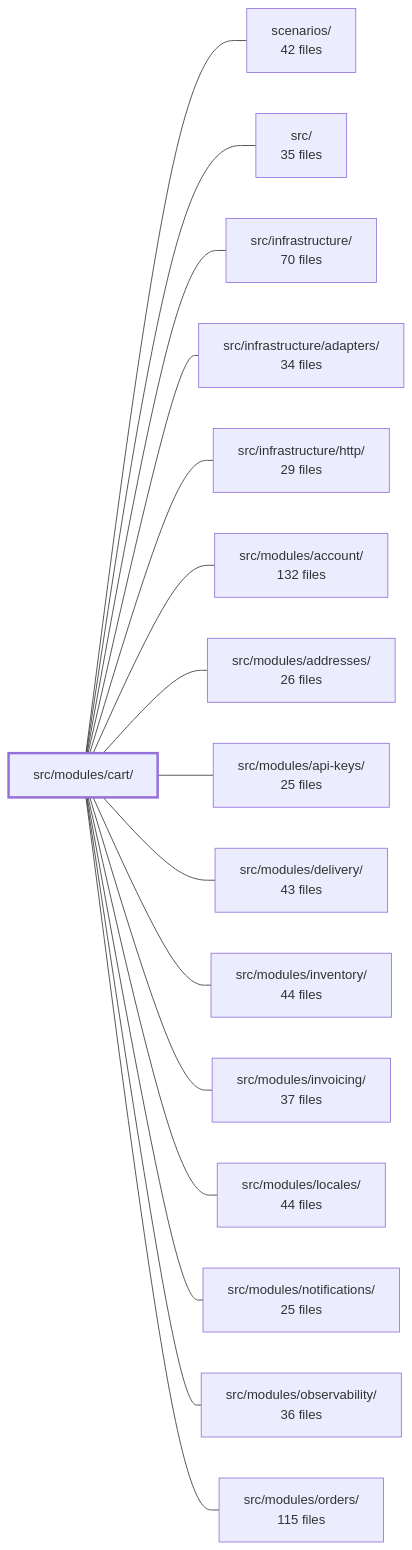
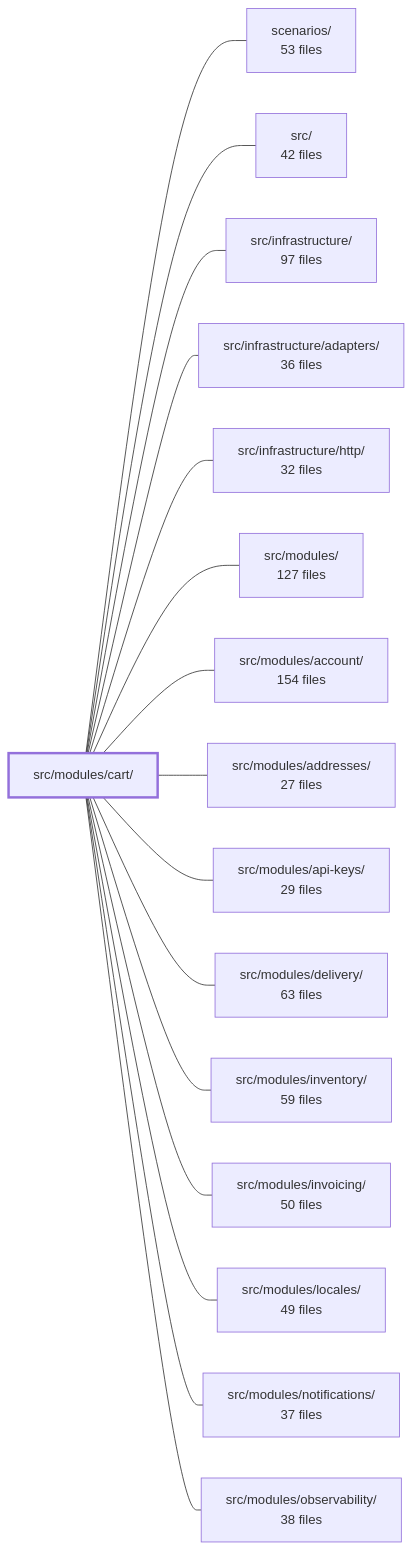
Before and after one commit to Guebbit/boilerplate-node-backend: the diagram in .2brain/modules/boilerplate-node-backend_src_modules_cart.md, drawn with Mermaid. The commit also changed other lines of this file and 1775 other files, not shown here.

````diff
--- a/.2brain/modules/boilerplate-node-backend_src_modules_cart.md
+++ b/.2brain/modules/boilerplate-node-backend_src_modules_cart.md
@@ -46,35 +40,35 @@
 ```mermaid
 flowchart LR
     m_src_modules_cart["src/modules/cart/"]
-    m_scenarios["scenarios/<br/>42 files"]
-    m_src["src/<br/>35 files"]
-    m_src_infrastructure["src/infrastructure/<br/>70 files"]
-    m_src_infrastructure_adapters["src/infrastructure/adapters/<br/>34 files"]
-    m_src_infrastructure_http["src/infrastructure/http/<br/>29 files"]
-    m_src_modules_account["src/modules/account/<br/>132 files"]
-    m_src_modules_addresses["src/modules/addresses/<br/>26 files"]
-    m_src_modules_api_keys["src/modules/api-keys/<br/>25 files"]
-    m_src_modules_delivery["src/modules/delivery/<br/>43 files"]
-    m_src_modules_inventory["src/modules/inventory/<br/>44 files"]
-    m_src_modules_invoicing["src/modules/invoicing/<br/>37 files"]
-    m_src_modules_locales["src/modules/locales/<br/>44 files"]
-    m_src_modules_notifications["src/modules/notifications/<br/>25 files"]
-    m_src_modules_observability["src/modules/observability/<br/>36 files"]
-    m_src_modules_orders["src/modules/orders/<br/>115 files"]
+    m_scenarios["scenarios/<br/>53 files"]
+    m_src["src/<br/>42 files"]
+    m_src_infrastructure["src/infrastructure/<br/>97 files"]
+    m_src_infrastructure_adapters["src/infrastructure/adapters/<br/>36 files"]
+    m_src_infrastructure_http["src/infrastructure/http/<br/>32 files"]
+    m_src_modules["src/modules/<br/>127 files"]
+    m_src_modules_account["src/modules/account/<br/>154 files"]
+    m_src_modules_addresses["src/modules/addresses/<br/>27 files"]
+    m_src_modules_api_keys["src/modules/api-keys/<br/>29 files"]
+    m_src_modules_delivery["src/modules/delivery/<br/>63 files"]
+    m_src_modules_inventory["src/modules/inventory/<br/>59 files"]
+    m_src_modules_invoicing["src/modules/invoicing/<br/>50 files"]
+    m_src_modules_locales["src/modules/locales/<br/>49 files"]
+    m_src_modules_notifications["src/modules/notifications/<br/>37 files"]
+    m_src_modules_observability["src/modules/observability/<br/>38 files"]
     m_src_modules_cart --- m_scenarios
     m_src_modules_cart --- m_src
     m_src_modules_cart --- m_src_infrastructure
     m_src_modules_cart --- m_src_infrastructure_adapters
     m_src_modules_cart --- m_src_infrastructure_http
+    m_src_modules_cart --- m_src_modules
     m_src_modules_cart --- m_src_modules_account
     m_src_modules_cart --- m_src_modules_addresses
     m_src_modules_cart --- m_src_modules_api_keys
     m_src_modules_cart --- m_src_modules_delivery
     m_src_modules_cart --- m_src_modules_inventory
     m_src_modules_cart --- m_src_modules_invoicing
     m_src_modules_cart --- m_src_modules_locales
     m_src_modules_cart --- m_src_modules_notifications
     m_src_modules_cart --- m_src_modules_observability
-    m_src_modules_cart --- m_src_modules_orders
     style m_src_modules_cart stroke-width:3px
 ```
````
